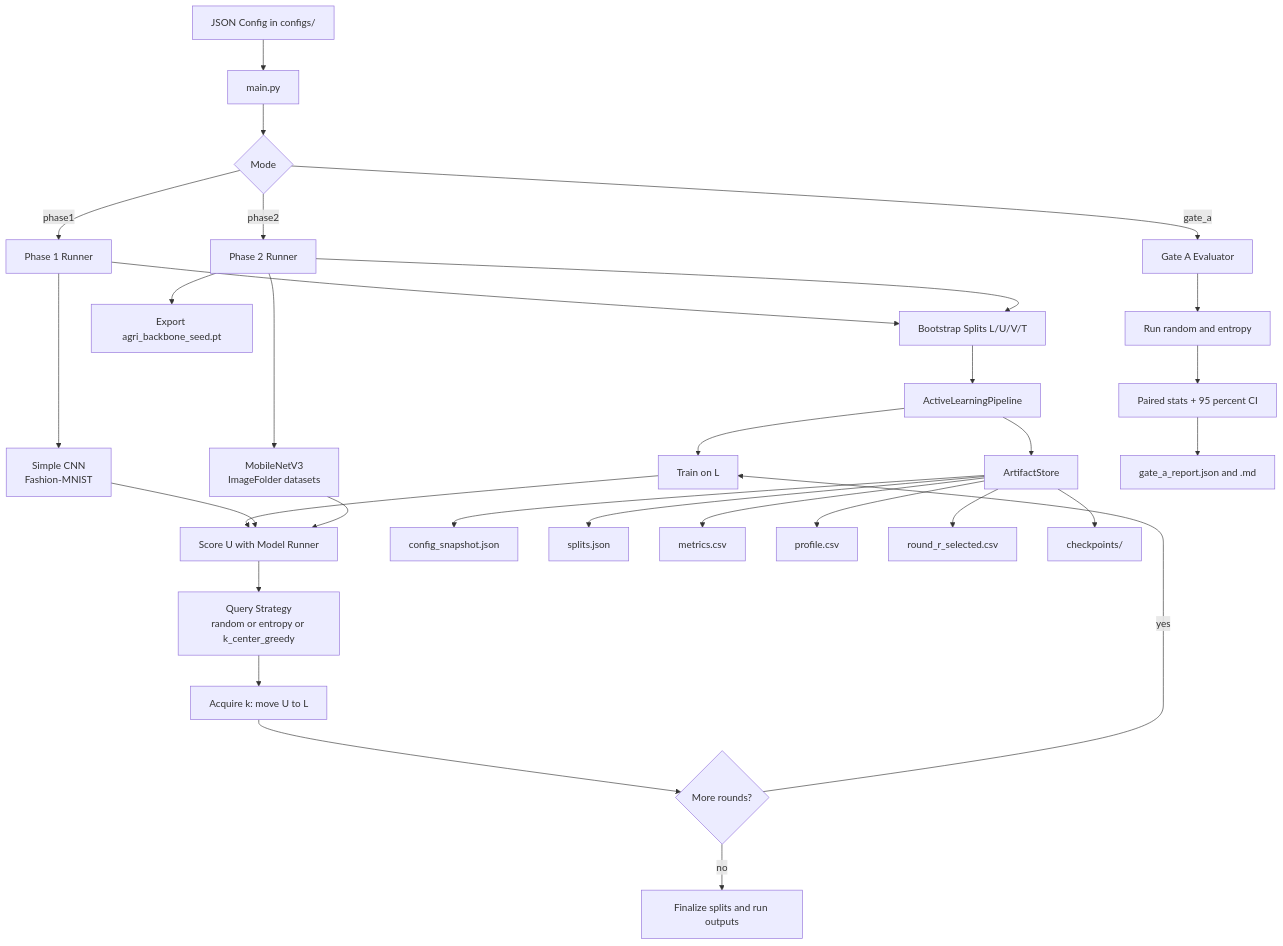
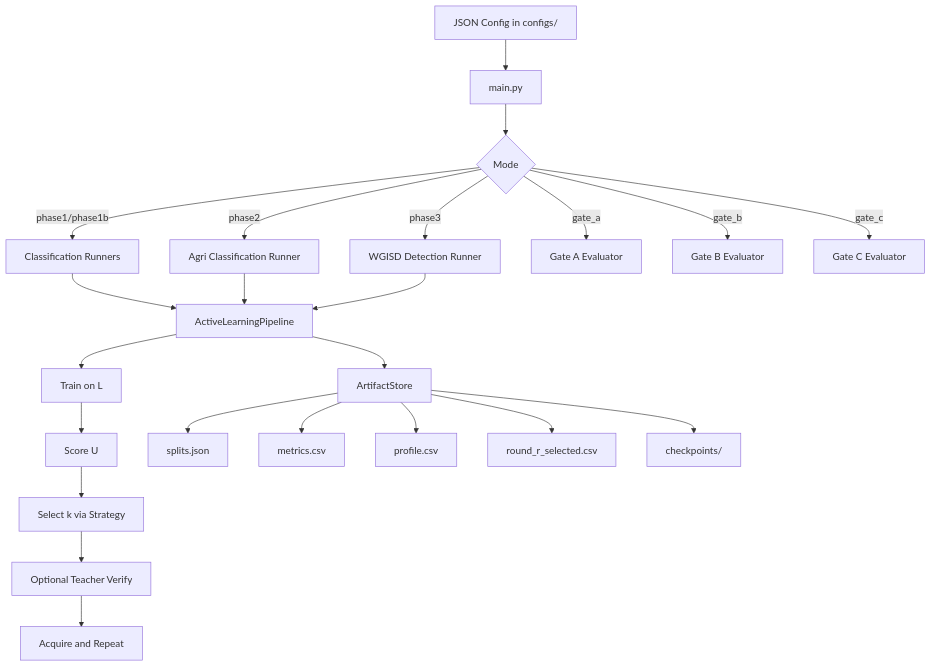
The diagram in docs/PHASE1_PHASE2_REVIEWER_GUIDE.md (nexus-scholar/edge-ai-pipeline), drawn with Mermaid before and after one commit. The commit also changed other lines of this file and 68 other files, not shown here.

Commit message:
feat: finalize week1 cdgp pipeline and kaggle execution runbook

````diff
--- a/docs/PHASE1_PHASE2_REVIEWER_GUIDE.md
+++ b/docs/PHASE1_PHASE2_REVIEWER_GUIDE.md
@@ -34,38 +43,27 @@
 ```mermaid
 flowchart TD
     A[JSON Config in configs/] --> B[main.py]
     B --> C{Mode}
-    C -->|phase1| D[Phase 1 Runner]
-    C -->|phase2| E[Phase 2 Runner]
-    C -->|gate_a| F[Gate A Evaluator]
+    C -->|phase1/phase1b| D[Classification Runners]
+    C -->|phase2| E[Agri Classification Runner]
+    C -->|phase3| F[WGISD Detection Runner]
+    C -->|gate_a| G[Gate A Evaluator]
+    C -->|gate_b| H[Gate B Evaluator]
+    C -->|gate_c| I[Gate C Evaluator]
 
-    D --> G[Bootstrap Splits L/U/V/T]
-    E --> G
-    G --> H[ActiveLearningPipeline]
+    D --> J[ActiveLearningPipeline]
+    E --> J
+    F --> J
+    J --> K[Train on L]
+    K --> L[Score U]
+    L --> M[Select k via Strategy]
+    M --> N[Optional Teacher Verify]
+    N --> O[Acquire and Repeat]
 
-    H --> I[Train on L]
-    I --> J[Score U with Model Runner]
-    J --> K[Query Strategy<br/>random or entropy or k_center_greedy]
-    K --> L[Acquire k: move U to L]
-    L --> M{More rounds?}
-    M -->|yes| I
-    M -->|no| N[Finalize splits and run outputs]
-
-    D --> O[Simple CNN<br/>Fashion-MNIST]
-    E --> P[MobileNetV3<br/>ImageFolder datasets]
-    O --> J
-    P --> J
-
-    H --> Q[ArtifactStore]
-    Q --> R[config_snapshot.json]
-    Q --> S[splits.json]
-    Q --> T[metrics.csv]
-    Q --> U[profile.csv]
-    Q --> V[round_r_selected.csv]
-    Q --> W[checkpoints/]
-
-    E --> X[Export agri_backbone_seed.pt]
-    F --> Y[Run random and entropy]
-    Y --> Z[Paired stats + 95 percent CI]
-    Z --> AA[gate_a_report.json and .md]
+    J --> P[ArtifactStore]
+    P --> Q[splits.json]
+    P --> R[metrics.csv]
+    P --> S[profile.csv]
+    P --> T[round_r_selected.csv]
+    P --> U[checkpoints/]
 ```
````
